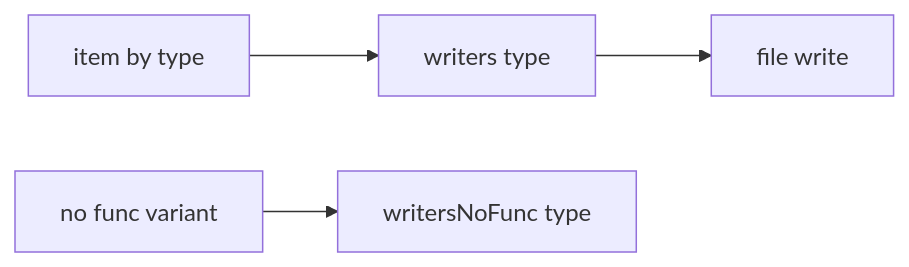
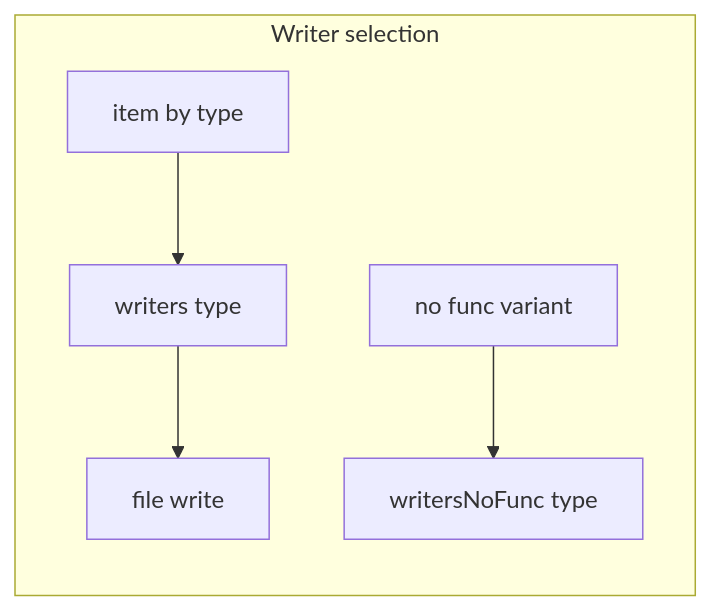
The third of 4 diagrams in docs/io/store_and_variants.md (Gh0st352/AETHR), drawn with Mermaid before and after one commit. The commit also changed other lines of this file and 5 other files, not shown here.

First line of the commit message:
docs(io): restructure Mermaid diagrams, add subgraphs & classes

````diff
--- a/docs/io/store_and_variants.md
+++ b/docs/io/store_and_variants.md
@@ -44,6 +63,14 @@
 ```mermaid
+%% shared theme: docs/_mermaid/theme.json %%
 flowchart LR
-  IT[item by type] --> DISP[writers type]
-  DISP --> EMIT[file write]
-  NOTE[no func variant] --> NDISP[writersNoFunc type]
+  subgraph "Writer selection"
+    IT[item by type] --> DISP[writers type]
+    DISP --> EMIT[file write]
+    NOTE[no func variant] --> NDISP[writersNoFunc type]
+  end
+
+  class IT class_data;
+  class DISP class_step;
+  class EMIT class_io;
+  class NOTE,NDISP class_step;
 ```
````
